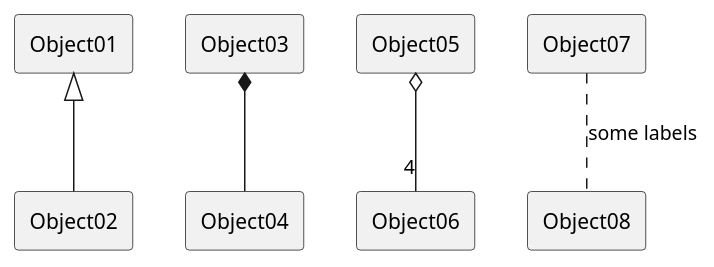
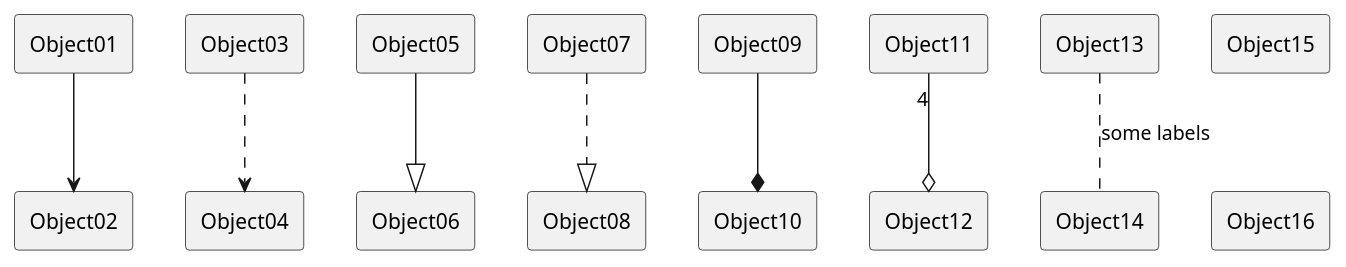
One commit to mitsugu/likebar changed the diagram in 202504/fig2025040606.pu. Above: the diagram before and after it, drawn with PlantUML. The commit also changed 8 other files, not shown here.

```diff
--- a/202504/fig2025040606.pu
+++ b/202504/fig2025040606.pu
@@ -1,15 +1,27 @@
 @startuml
 rectangle Object01
 rectangle Object02
 rectangle Object03
 rectangle Object04
 rectangle Object05
 rectangle Object06
 rectangle Object07
 rectangle Object08
+rectangle Object09
+rectangle Object10
+rectangle Object11
+rectangle Object12
+rectangle Object13
+rectangle Object14
+rectangle Object15
+rectangle Object16
 
-Object01 <|-- Object02
-Object03 *-- Object04
-Object05 o-- "4" Object06
-Object07 .. Object08 : some labels
+Object01 --> Object02
+Object03 ..> Object04
+Object05 --|> Object06
+Object07 ..|> Object08
+Object09 --* Object10
+Object11 "4" --o Object12
+Object13 .. Object14 : some labels
+Object15 -[hidden]- Object16
 @enduml
```
